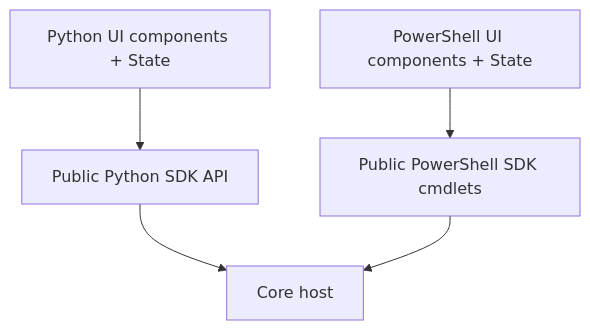
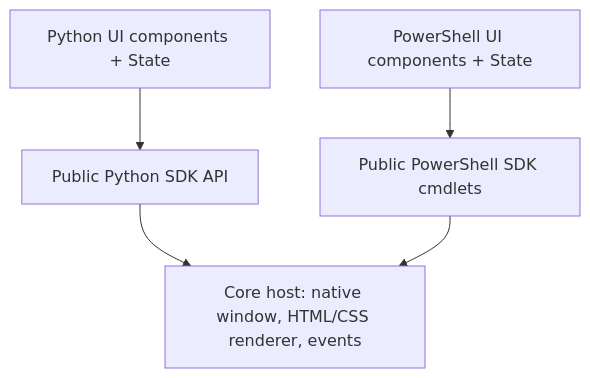
One commit to nativehtmlkit/nativehtmlkit_ui changed the first of 2 diagrams in docs/ARCHITECTURE.md. Above: the diagram before and after it, drawn with Mermaid. The commit also changed other lines of this file and 23 other files, not shown here.

First line of the commit message:
Rebuild the UI documentation: reference, guides, tutorials, architecture

````diff
--- a/docs/ARCHITECTURE.md
+++ b/docs/ARCHITECTURE.md
@@ -3,7 +6,7 @@
 ```mermaid
 flowchart TB
   PUI[Python UI components + State] --> PSD[Public Python SDK API]
   WUI[PowerShell UI components + State] --> WSD[Public PowerShell SDK cmdlets]
-  PSD --> C[Core host]
+  PSD --> C[Core host: native window, HTML/CSS renderer, events]
   WSD --> C
 ```
````
